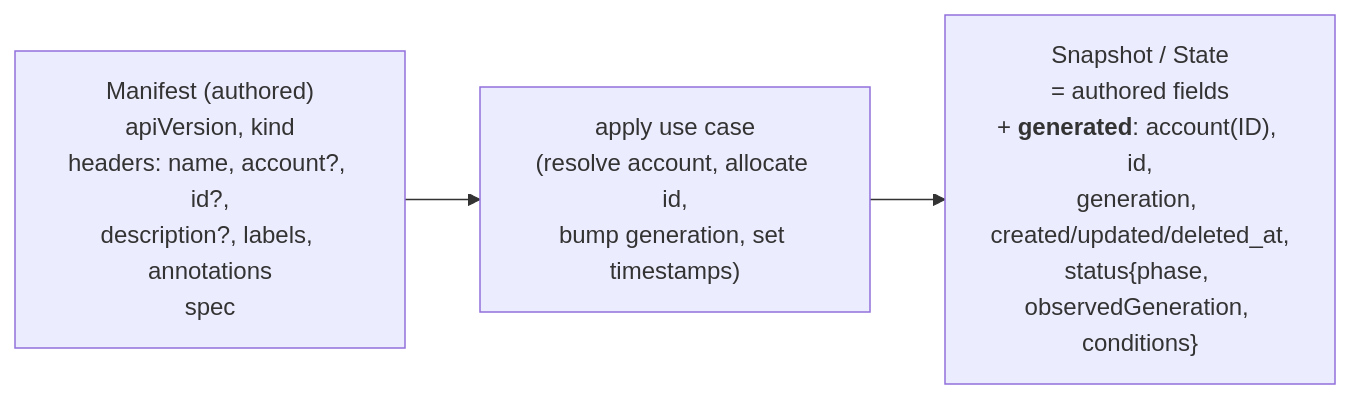
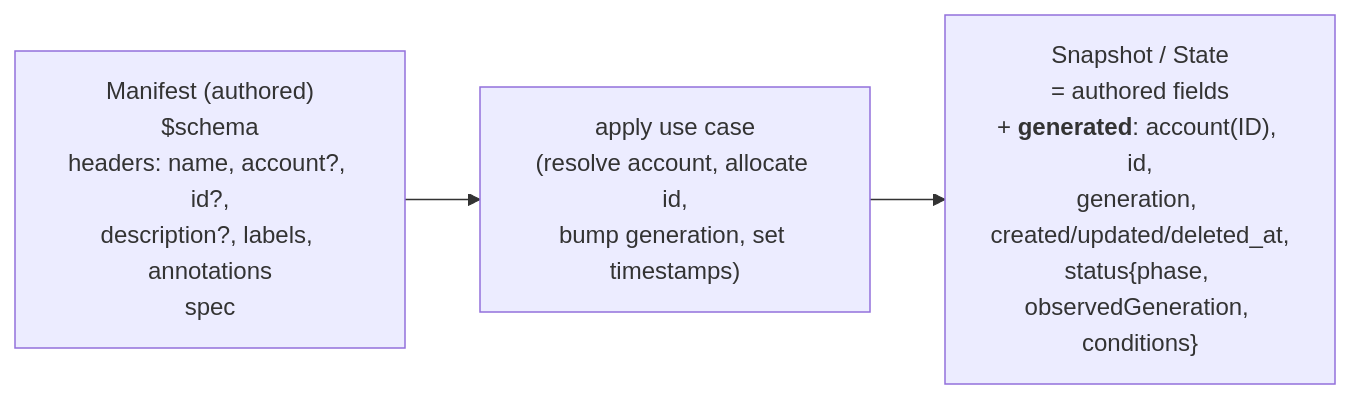
The second of 7 diagrams in docs/internal/resources-framework.md (kamu-data/kamu-cli), drawn with Mermaid before and after one commit. The commit also changed other lines of this file and 204 other files, not shown here.

Commit message:
`apiVersion` + `kind` => `$schema`

````diff
--- a/docs/internal/resources-framework.md
+++ b/docs/internal/resources-framework.md
@@ -403,7 +405,7 @@
 ```mermaid
 flowchart LR
-    M["Manifest (authored)<br/>apiVersion, kind<br/>headers: name, account?, id?,<br/>description?, labels, annotations<br/>spec"]
+    M["Manifest (authored)<br/>$schema<br/>headers: name, account?, id?,<br/>description?, labels, annotations<br/>spec"]
     A["apply use case<br/>(resolve account, allocate id,<br/>bump generation, set timestamps)"]
     S["Snapshot / State<br/>= authored fields<br/>+ <b>generated</b>: account(ID), id,<br/>generation, created/updated/deleted_at,<br/>status{phase, observedGeneration, conditions}"]
     M --> A --> S
 ```
````
